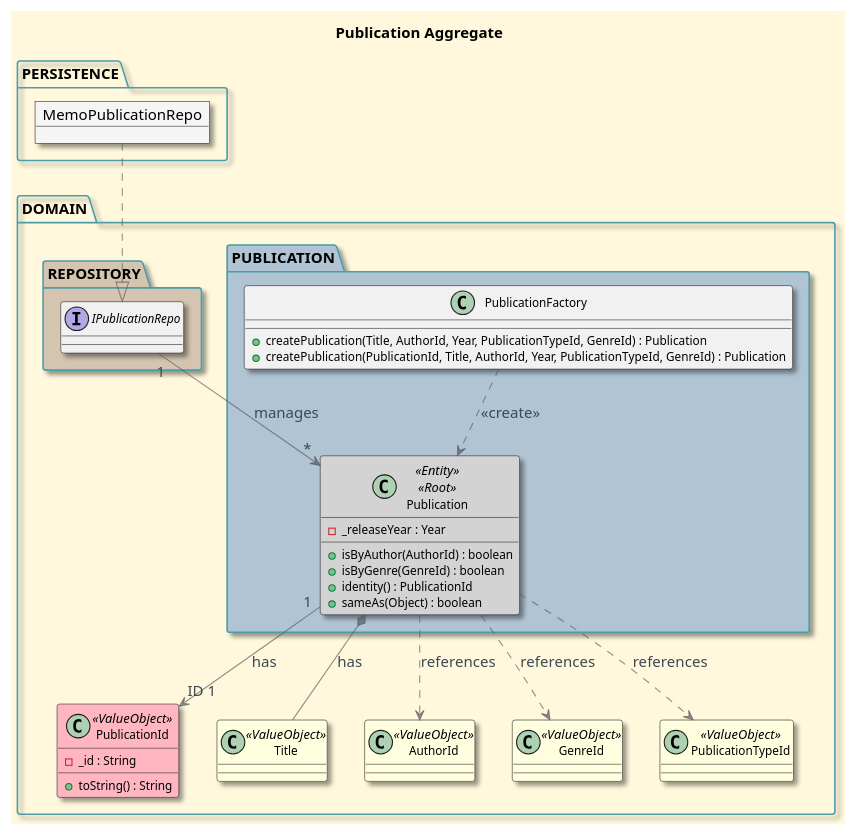
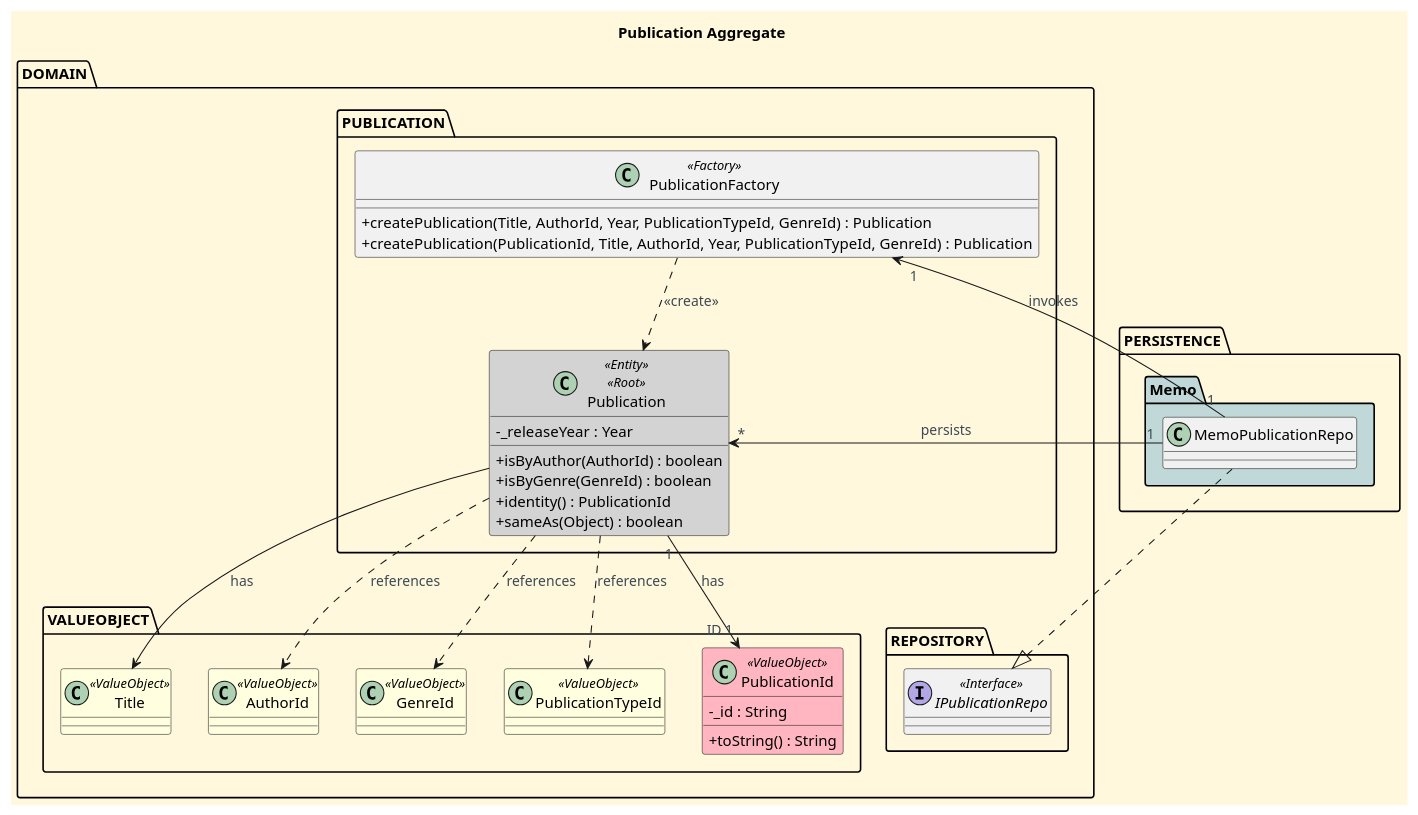
Before and after one commit to CarolinaLeite-collab/JavaMarketplacePlatform: the diagram in docs/aggregatesDiagrams/Publication Aggregate.puml, drawn with PlantUML. The commit also changed 59 other files, not shown here.

Commit message:
refactor: update imports after Genre aggregate package reorganisation #433

```diff
--- a/docs/aggregatesDiagrams/Publication Aggregate.puml
+++ b/docs/aggregatesDiagrams/Publication Aggregate.puml
@@ -1,84 +1,90 @@
 @startuml
 
 '==== Title ====
 title Publication Aggregate
-top to bottom direction
+
 
 '==== basic style ====
 skinparam monochrome false
-skinparam shadowing true
-skinparam defaultFontName Futura-Bold
-skinparam objectFontSize 14
+skinparam shadowing false
+skinparam defaultFontName Futura
+skinparam objectFontSize 20
 skinparam backgroundColor CornSilk
 skinparam objectBackgroundColor WhiteSmoke
 skinparam noteBackgroundColor #FFFFE0
 skinparam ArrowFontColor #3B4953
-skinparam ArrowColor #57595BAA
-skinparam ArrowFontSize 14
-skinparam PackageBorderColor #4B9DA9
-skinparam classAttributeFontSize 11
-skinparam classAttributeFontStyle plain
+skinparam ActivationBackgroundColor black
+skinparam classAttributeIconSize 0
 
+top to bottom direction
 ' ===== Domain =====
 Package "DOMAIN" {
 
-    Package "PUBLICATION" <<Folder>> #b0c4d4 {
+    Package "PUBLICATION"  {
 
         class Publication <<Entity>> <<Root>> #lightgrey {
             -_releaseYear : Year
             +isByAuthor(AuthorId) : boolean
             +isByGenre(GenreId) : boolean
             +identity() : PublicationId
             +sameAs(Object) : boolean
         }
 
-        class PublicationFactory {
+        class PublicationFactory <<Factory>> {
             +createPublication(Title, AuthorId, Year, PublicationTypeId, GenreId) : Publication
             +createPublication(PublicationId, Title, AuthorId, Year, PublicationTypeId, GenreId) : Publication
         }
 
     }
 
-    ' ===== Value Objects próprios ====
-    class PublicationId <<ValueObject>> #LightPink {
-        -_id : String
-        +toString() : String
+    Package "VALUEOBJECT"  {
+
+        class PublicationId <<ValueObject>> #LightPink {
+            -_id : String
+            +toString() : String
+        }
+
+        class Title <<ValueObject>> #LightYellow {
+        }
+
+        class AuthorId <<ValueObject>> #LightYellow {
+        }
+
+        class GenreId <<ValueObject>> #LightYellow {
+        }
+
+        class PublicationTypeId <<ValueObject>> #LightYellow {
+        }
+
     }
 
-    class Title <<ValueObject>> #LightYellow {
+    Package "REPOSITORY" <<Folder>>  {
+        interface IPublicationRepo <<Interface>>
     }
 
-    '==== Cross-aggregate ID references ====
-    class AuthorId <<ValueObject>> #LightYellow {
-    }
-
-    class GenreId <<ValueObject>> #LightYellow {
-    }
-
-    class PublicationTypeId <<ValueObject>> #LightYellow {
-    }
-
-    Package "REPOSITORY" <<Folder>> #d4c4b0 {
-        interface IPublicationRepo
-    }
+    Publication -[hidden]right- IPublicationRepo
+    PublicationId -[hidden]right- IPublicationRepo
 
 }
 
 ' ===== Persistence =====
 Package "PERSISTENCE" {
-    object MemoPublicationRepo
+     package "Memo" #c0d8d8 {
+     class MemoPublicationRepo
+    }
 }
 
 ' ===== Relations =====
 Publication "1" --> "ID 1" PublicationId : has
-Publication *-- Title : has
+Publication --> Title : has
 Publication ..> AuthorId : references
 Publication ..> GenreId : references
 Publication ..> PublicationTypeId : references
 
-IPublicationRepo "1" --> "*" Publication : manages
+
 MemoPublicationRepo ..|> IPublicationRepo
-
+Publication "*" <-- "1" MemoPublicationRepo : persists
+PublicationFactory "1"<-- "1" MemoPublicationRepo : invokes
 PublicationFactory ..> Publication : <<create>>
 
 @enduml
```
